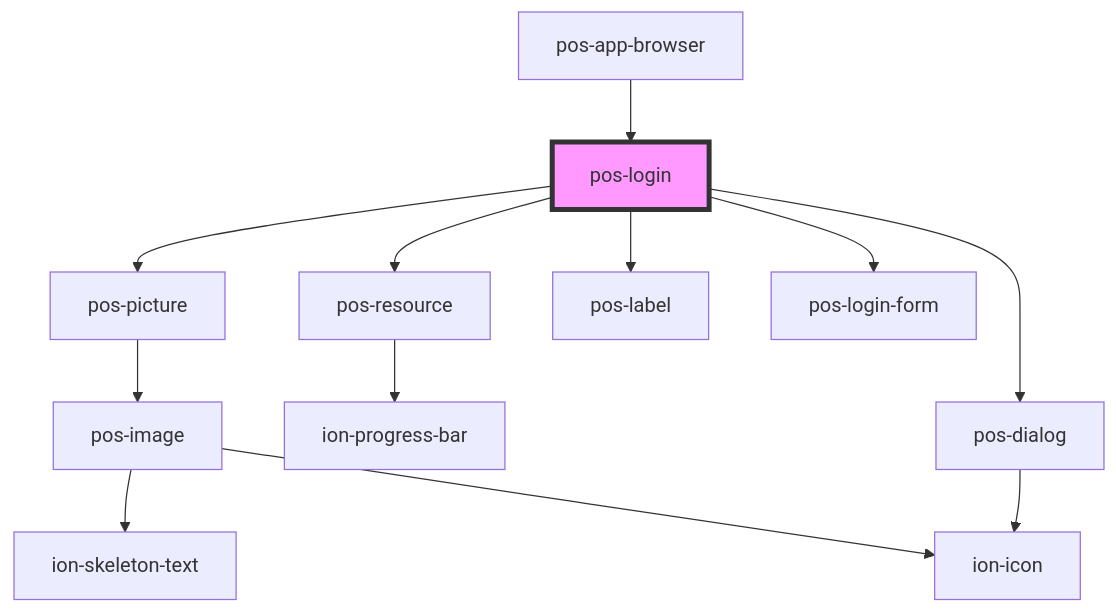
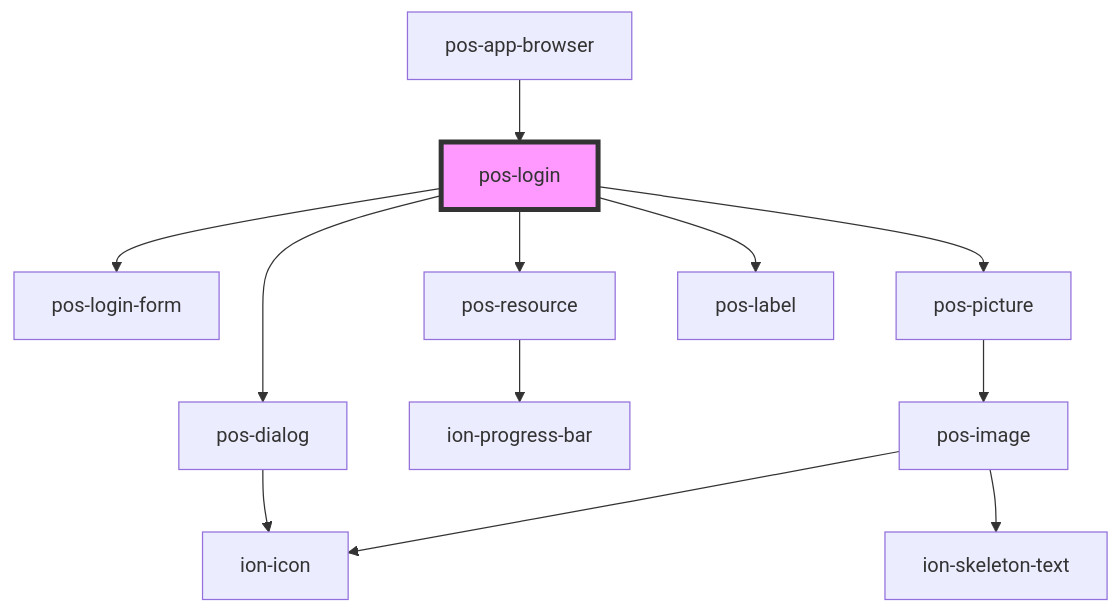
The diagram in docs/elements/components/pos-login/readme.md (pod-os/PodOS), drawn with Mermaid before and after one commit. The commit also changed other lines of this file and 4 other files, not shown here.

Commit message:
feat(pos-login): allow to customize the component to be shown, when logged in

````diff
--- a/docs/elements/components/pos-login/readme.md
+++ b/docs/elements/components/pos-login/readme.md
@@ -30,15 +30,15 @@
 ```mermaid
 graph TD;
+  pos-login --> pos-dialog
+  pos-login --> pos-login-form
   pos-login --> pos-resource
   pos-login --> pos-picture
   pos-login --> pos-label
-  pos-login --> pos-dialog
-  pos-login --> pos-login-form
+  pos-dialog --> ion-icon
   pos-resource --> ion-progress-bar
   pos-picture --> pos-image
   pos-image --> ion-skeleton-text
   pos-image --> ion-icon
-  pos-dialog --> ion-icon
   pos-app-browser --> pos-login
   style pos-login fill:#f9f,stroke:#333,stroke-width:4px
 ```
````
